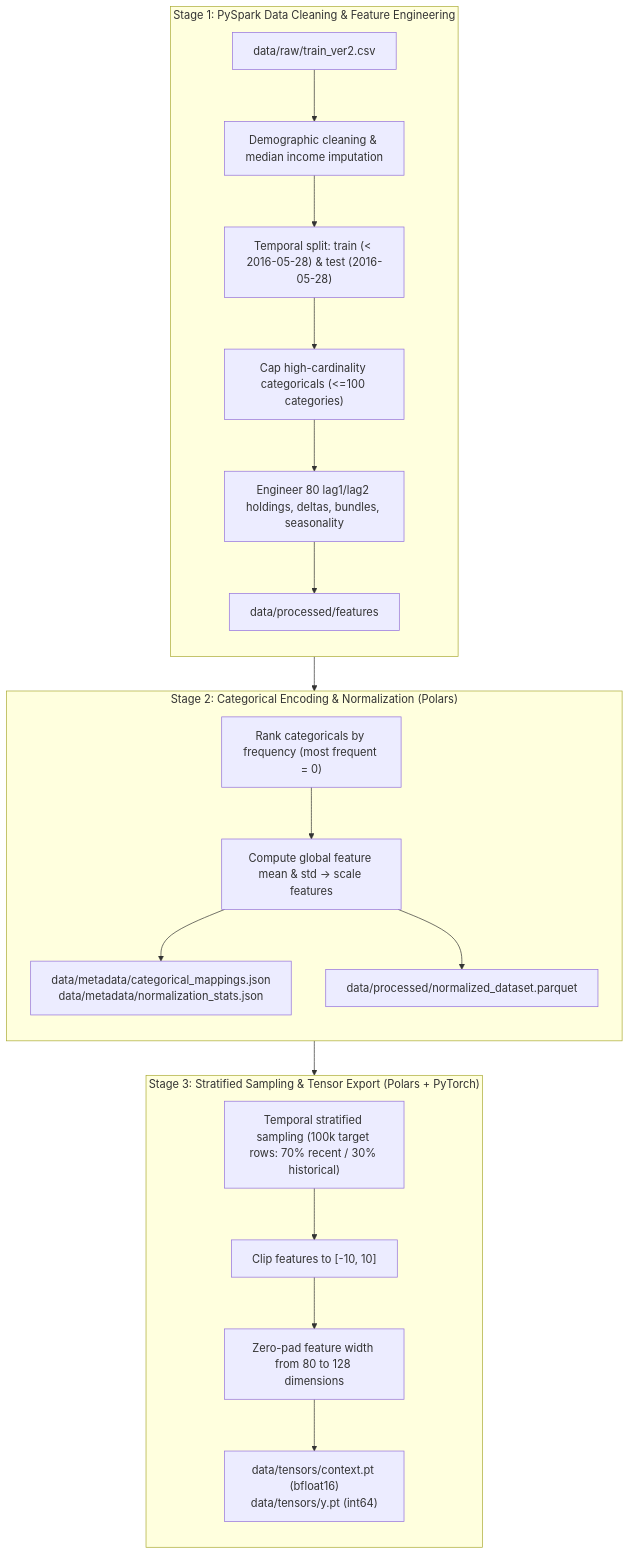
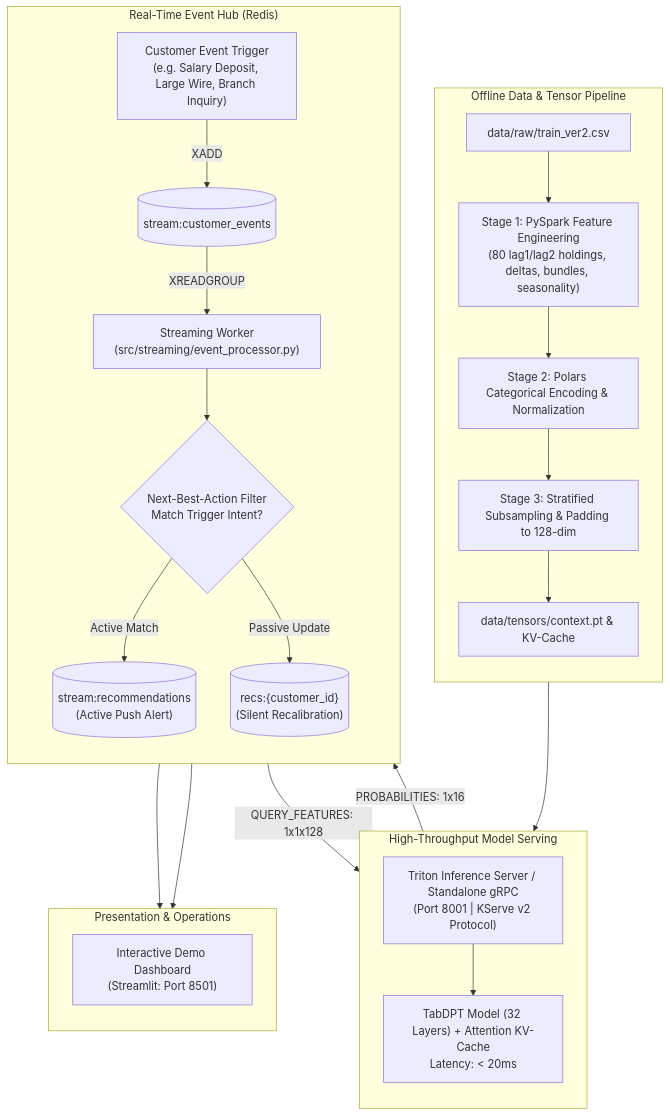
One commit to Ty-Tshiam/TabDPT-reco changed the diagram in README.md. Above: the diagram before and after it, drawn with Mermaid. The commit also changed other lines of this file and 4 other files, not shown here.

````diff
--- a/README.md
+++ b/README.md
@@ -45,27 +11,33 @@
 ```mermaid
 flowchart TD
-    subgraph S1["Stage 1: PySpark Data Cleaning & Feature Engineering"]
+    subgraph Offline["Offline Data & Tensor Pipeline"]
         direction TB
-        raw_csv["data/raw/train_ver2.csv"] --> clean["Demographic cleaning & median income imputation"]
-        clean --> split["Temporal split: train (< 2016-05-28) & test (2016-05-28)"]
-        split --> cap["Cap high-cardinality categoricals (<=100 categories)"]
-        cap --> feats["Engineer 80 lag1/lag2 holdings, deltas, bundles, seasonality"]
-        feats --> s1_out["data/processed/features"]
+        raw["data/raw/train_ver2.csv"] --> S1["Stage 1: PySpark Feature Engineering<br/>(80 lag1/lag2 holdings, deltas, bundles, seasonality)"]
+        S1 --> S2["Stage 2: Polars Categorical Encoding & Normalization"]
+        S2 --> S3["Stage 3: Stratified Subsampling & Padding to 128-dim"]
+        S3 --> Tensors["data/tensors/context.pt & KV-Cache"]
     end
 
-    subgraph S2["Stage 2: Categorical Encoding & Normalization (Polars)"]
+    subgraph Serving["High-Throughput Model Serving"]
         direction TB
-        s1_out --> cat_enc["Rank categoricals by frequency (most frequent = 0)"]
-        cat_enc --> norm["Compute global feature mean & std -> scale features"]
-        norm --> s2_meta["data/metadata/categorical_mappings.json<br/>data/metadata/normalization_stats.json"]
-        norm --> s2_out["data/processed/normalized_dataset.parquet"]
+        Tensors --> Triton["Triton Inference Server / Standalone gRPC<br/>(Port 8001 | KServe v2 Protocol)"]
+        Triton --> KV["TabDPT Model (32 Layers) + Attention KV-Cache<br/>Latency: < 20ms"]
     end
 
-    subgraph S3["Stage 3: Stratified Sampling & Tensor Export (Polars + PyTorch)"]
+    subgraph Streaming["Real-Time Event Hub (Redis)"]
         direction TB
-        s2_out --> strat["Temporal stratified sampling (100k target rows: 70% recent / 30% historical)"]
-        strat --> clip["Clip features to [-10, 10]"]
-        clip --> pad["Zero-pad feature width from 80 to 128 dimensions"]
-        pad --> s3_out["data/tensors/context.pt (bfloat16)<br/>data/tensors/y.pt (int64)"]
+        UI_Action["Customer Event Trigger<br/>(e.g. Salary Deposit, Large Wire, Branch Inquiry)"] -->|XADD| StreamIn[("stream:customer_events")]
+        StreamIn -->|XREADGROUP| Worker["Streaming Worker<br/>(src/streaming/event_processor.py)"]
+        Worker -->|QUERY_FEATURES: 1x1x128| Triton
+        Triton -->|PROBABILITIES: 1x16| Worker
+        Worker --> NBA{"Next-Best-Action Filter<br/>Match Trigger Intent?"}
+        NBA -->|Active Match| StreamOut[("stream:recommendations<br/>(Active Push Alert)")]
+        NBA -->|Passive Update| Cache[("recs:{customer_id}<br/>(Silent Recalibration)")]
+    end
+
+    subgraph Client["Presentation & Operations"]
+        direction TB
+        StreamOut --> UI["Interactive Demo Dashboard<br/>(Streamlit: Port 8501)"]
+        Cache --> UI
     end
 ```
````
